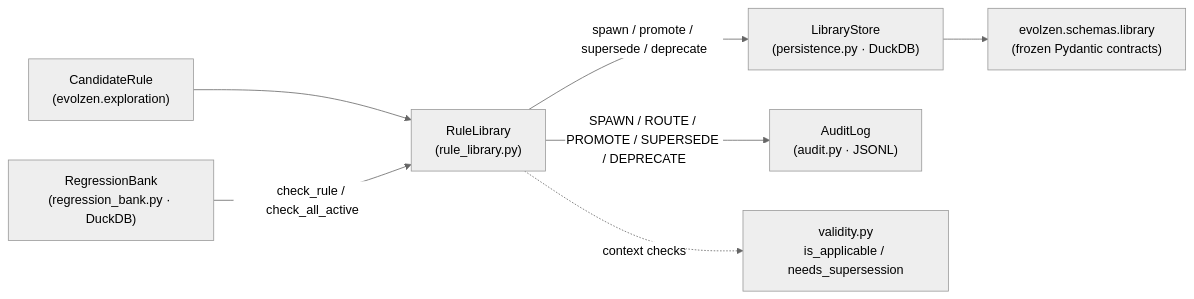
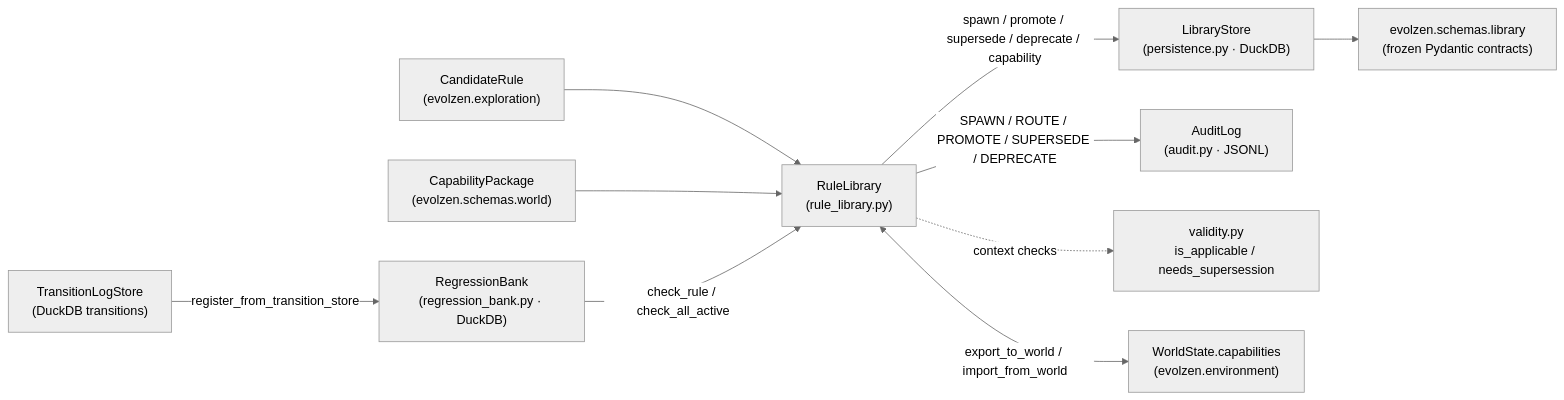
The diagram in docs/subsystems/library/README.md (priyanshu-ogdev/EvolZen), drawn with Mermaid (neutral theme) before and after one commit. The commit also changed other lines of this file and 10 other files, not shown here.

Commit message:
feat(library): implement capability package persistence, environment transition ingestion, and schema guards

````diff
--- a/docs/subsystems/library/README.md
+++ b/docs/subsystems/library/README.md
@@ -14,9 +14,12 @@
 ```mermaid
 flowchart LR
     C["CandidateRule\n(evolzen.exploration)"] --> RL["RuleLibrary\n(rule_library.py)"]
-    RL -->|spawn / promote / supersede / deprecate| LS["LibraryStore\n(persistence.py · DuckDB)"]
+    CP["CapabilityPackage\n(evolzen.schemas.world)"] --> RL
+    RL -->|spawn / promote / supersede / deprecate / capability| LS["LibraryStore\n(persistence.py · DuckDB)"]
     RL -->|SPAWN / ROUTE / PROMOTE / SUPERSEDE / DEPRECATE| AL["AuditLog\n(audit.py · JSONL)"]
     RL -.->|context checks| V["validity.py\nis_applicable / needs_supersession"]
-    RB["RegressionBank\n(regression_bank.py · DuckDB)"] -->|check_rule / check_all_active| RL
+    RL <-->|export_to_world / import_from_world| WS["WorldState.capabilities\n(evolzen.environment)"]
+    TL["TransitionLogStore\n(DuckDB transitions)"] -->|register_from_transition_store| RB["RegressionBank\n(regression_bank.py · DuckDB)"]
+    RB -->|check_rule / check_all_active| RL
     LS --> S["evolzen.schemas.library\n(frozen Pydantic contracts)"]
 ```
````
